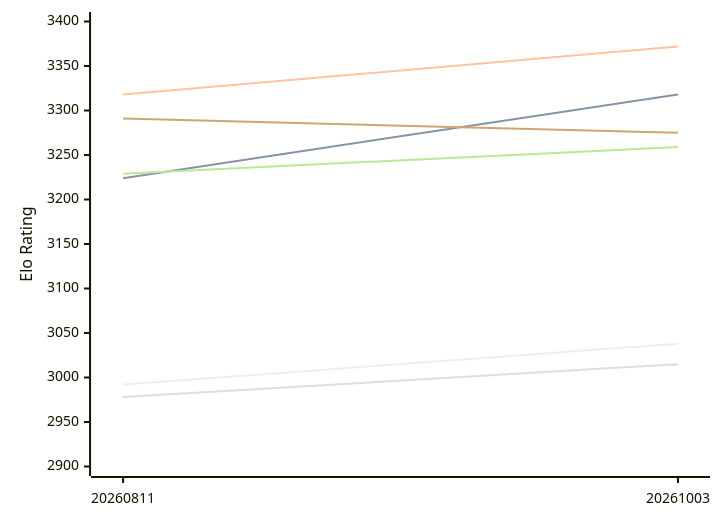
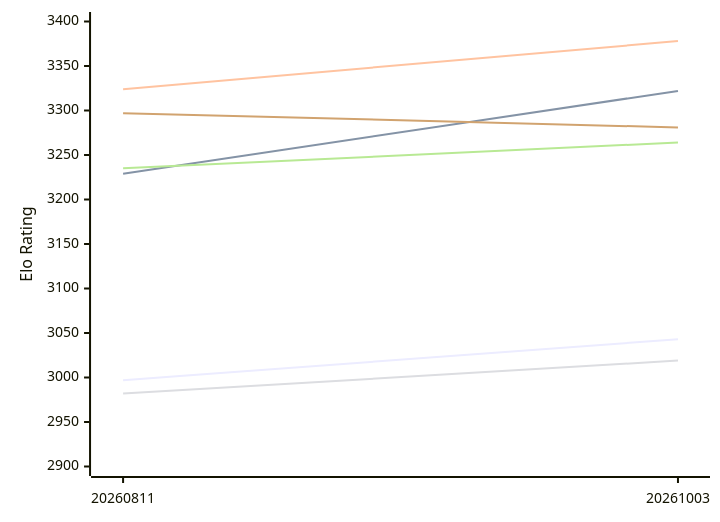
The first of 2 diagrams in engines/Askaig.md (computer-chess-index/cci), drawn with Mermaid before and after one commit. The commit also changed other lines of this file, not shown here.

Commit message:
Update CCI Ratings (ELO VLTC) - 2026-11-20

````diff
--- a/engines/Askaig.md
+++ b/engines/Askaig.md
@@ -52,12 +52,12 @@
 ```mermaid
 %%{init: {"theme":"base","themeVariables":{"seriesColors:['#a3a3a3','#222221','#faa371']}}}%%
 xychart-beta
   x-axis ["20260811", "20261003"]
   y-axis "Elo Rating" 2900 --> 3400
-  line "E1: STC (8.0+0.08s)" [2992, 3038]
-  line "E1: LTC (60.0+0.60s)" [3224, 3318]
-  line "E1: VLTC (2m24s+1.12s)" [3318, 3372]
-  line "P1: STC (8.0+0.08s)" [2978, 3015]
-  line "P1: LTC (60.0+0.60s)" [3229, 3259]
-  line "P1: VLTC (2m24s+1.12s)" [3291, 3275]
+  line "E1: STC (8.0+0.08s)" [2997, 3043]
+  line "E1: LTC (60.0+0.60s)" [3229, 3322]
+  line "E1: VLTC (2m24s+1.12s)" [3324, 3378]
+  line "P1: STC (8.0+0.08s)" [2982, 3019]
+  line "P1: LTC (60.0+0.60s)" [3235, 3264]
+  line "P1: VLTC (2m24s+1.12s)" [3297, 3281]
 ```
````
